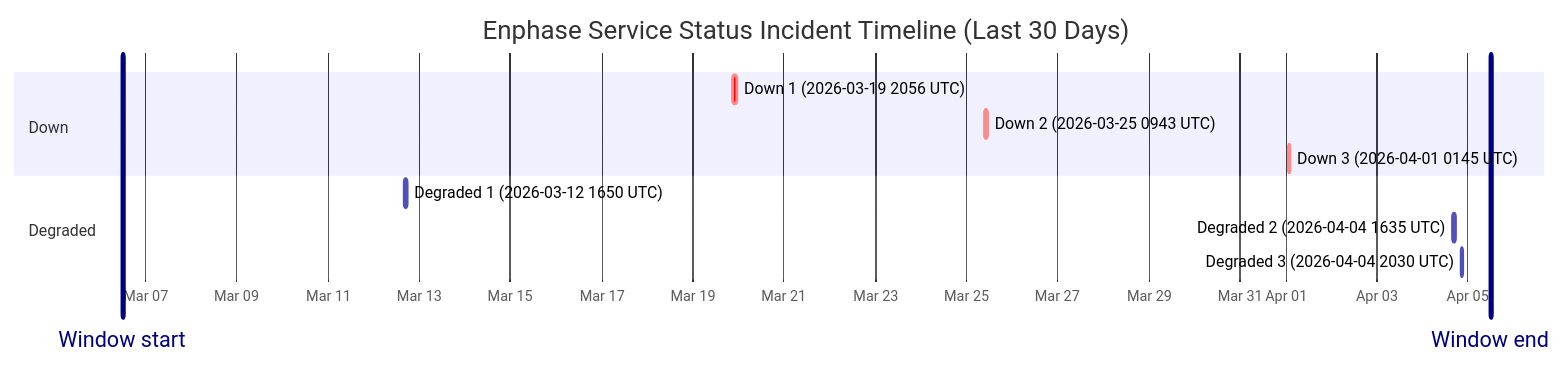
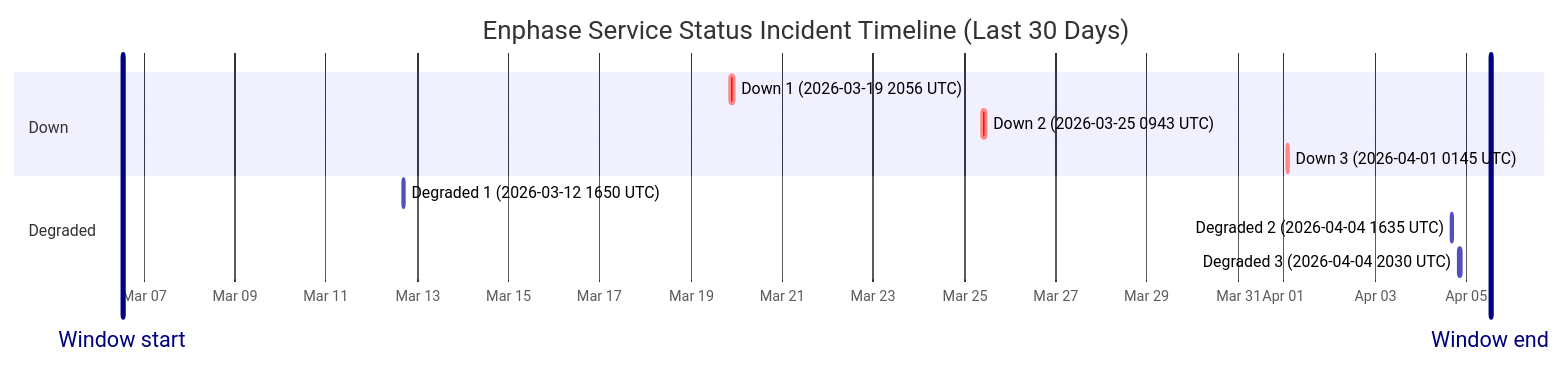
Before and after one commit to barneyonline/ha-enphase-ev-charger: the diagram in wiki/Service-Status-History.md, drawn with Mermaid. The commit also changed other lines of this file and 3 other files, not shown here.

````diff
--- a/wiki/Service-Status-History.md
+++ b/wiki/Service-Status-History.md
@@ -14,16 +14,16 @@
 ```mermaid
 gantt
     title Enphase Service Status Incident Timeline (Last 30 Days)
     dateFormat  YYYY-MM-DDTHH:mm:ss
     axisFormat  %b %d
-    Window start :vert, window-start, 2026-03-06T11:55:25, 0ms
-    Window end :vert, window-end, 2026-04-05T11:55:25, 0ms
+    Window start :vert, window-start, 2026-03-06T12:57:35, 0ms
+    Window end :vert, window-end, 2026-04-05T12:57:35, 0ms
     section Down
     Down 1 (2026-03-19 2056 UTC) :crit, down-1, 2026-03-19T20:56:20, 145m
     Down 2 (2026-03-25 0943 UTC) :crit, down-2, 2026-03-25T09:43:28, 111m
     Down 3 (2026-04-01 0145 UTC) :crit, down-3, 2026-04-01T01:45:09, 60m
     section Degraded
     Degraded 1 (2026-03-12 1650 UTC) :active, degraded-1, 2026-03-12T16:50:43, 60m
     Degraded 2 (2026-04-04 1635 UTC) :active, degraded-2, 2026-04-04T16:35:17, 60m
     Degraded 3 (2026-04-04 2030 UTC) :active, degraded-3, 2026-04-04T20:30:40, 60m
 ```
````
